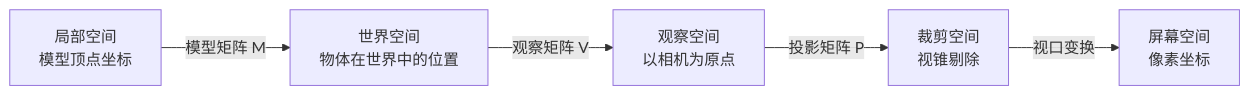
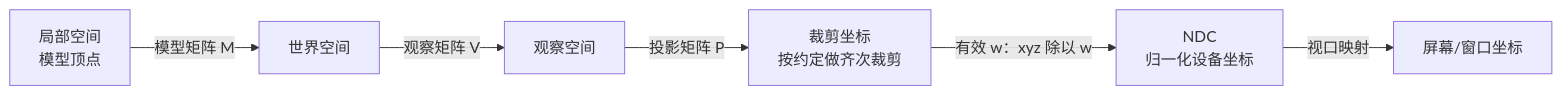
The diagram in 知识/02-数学与游戏算法/数学与数值计算/01-向量与矩阵基础.md (fantuan812/learning), drawn with Mermaid before and after one commit. The commit also changed other lines of this file and 1 other file, not shown here.

````diff
--- a/知识/02-数学与游戏算法/数学与数值计算/01-向量与矩阵基础.md
+++ b/知识/02-数学与游戏算法/数学与数值计算/01-向量与矩阵基础.md
@@ -281,7 +283,8 @@
 ```mermaid
 flowchart LR
-    A["局部空间<br/>模型顶点坐标"] -->|"模型矩阵 M"| B["世界空间<br/>物体在世界中的位置"]
-    B -->|"观察矩阵 V"| C["观察空间<br/>以相机为原点"]
-    C -->|"投影矩阵 P"| D["裁剪空间<br/>视锥剔除"]
-    D -->|"视口变换"| E["屏幕空间<br/>像素坐标"]
+    A["局部空间<br/>模型顶点"] -->|"模型矩阵 M"| B["世界空间"]
+    B -->|"观察矩阵 V"| C["观察空间"]
+    C -->|"投影矩阵 P"| D["裁剪坐标<br/>按约定做齐次裁剪"]
+    D -->|"有效 w：xyz 除以 w"| E["NDC<br/>归一化设备坐标"]
+    E -->|"视口映射"| F["屏幕/窗口坐标"]
 ```
````
